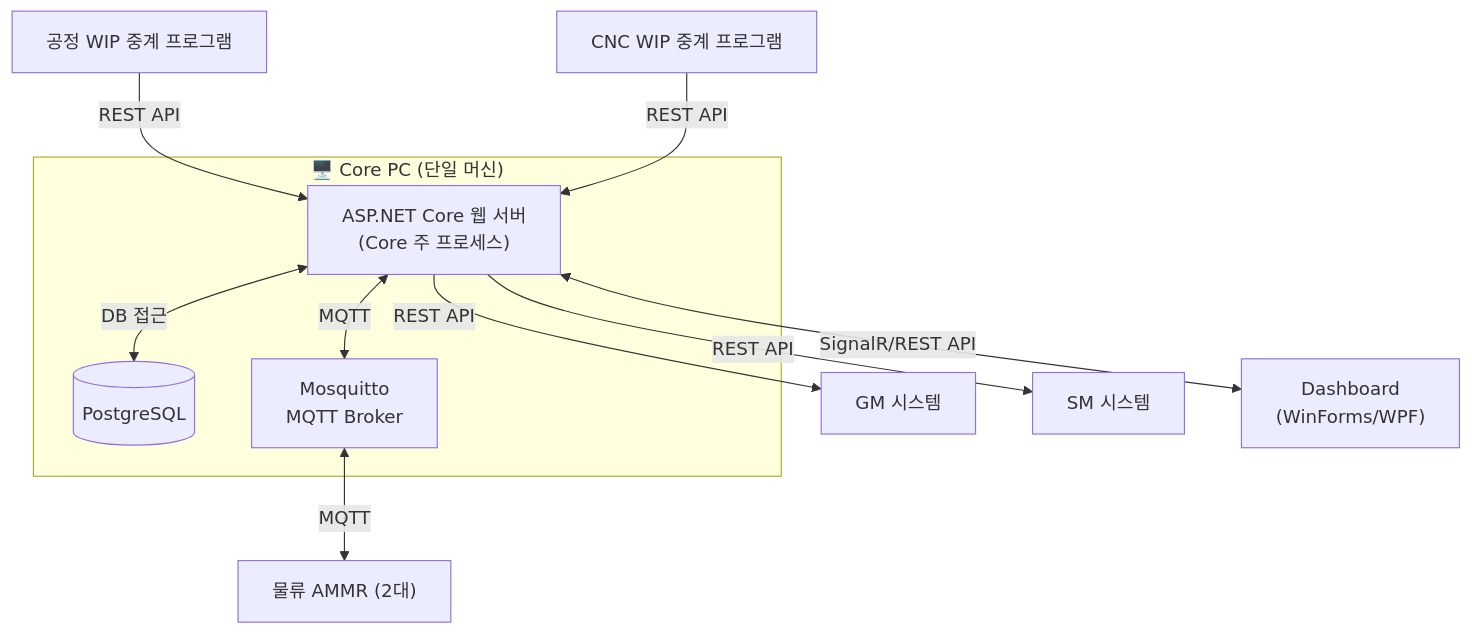
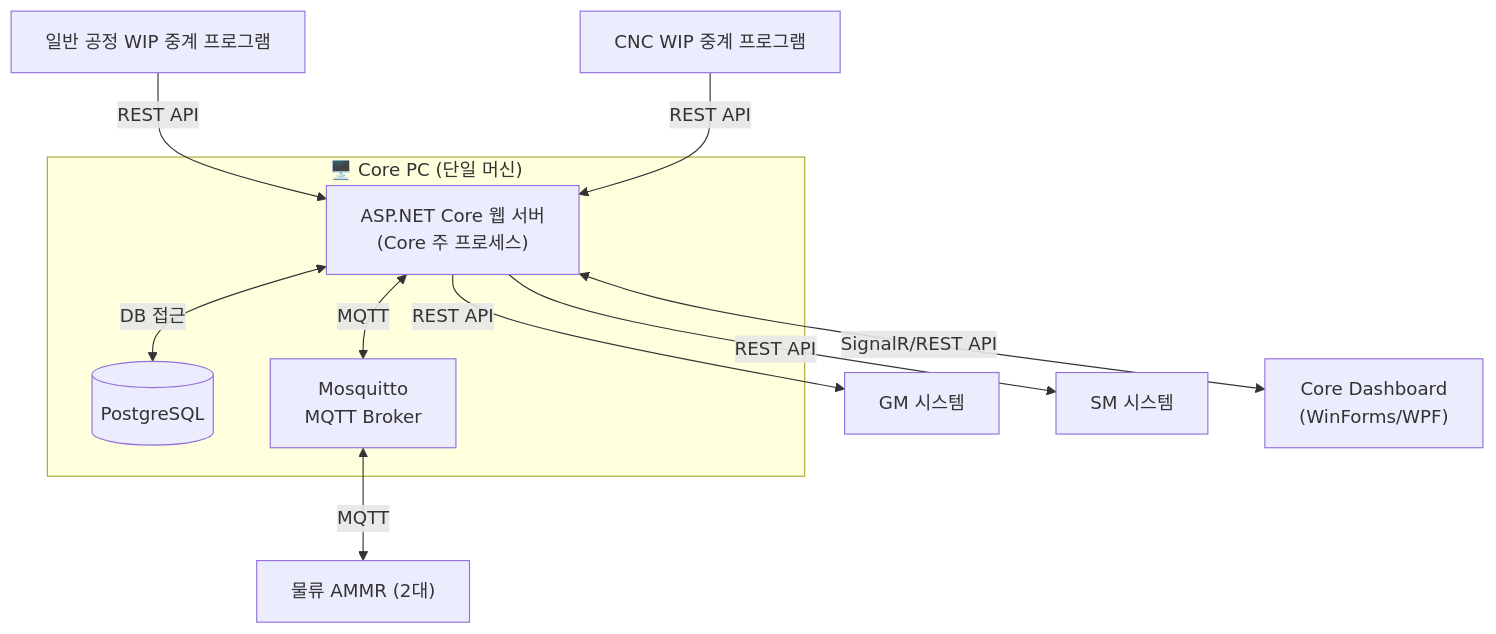
Before and after one commit to kimminsu0315/Core-Docs: the second of 3 diagrams in docs/Core_SAD.md, drawn with Mermaid. The commit also changed other lines of this file and 17 other files, not shown here.

````diff
--- a/docs/Core_SAD.md
+++ b/docs/Core_SAD.md
@@ -232,25 +225,25 @@
 ```mermaid
 flowchart TB
     subgraph CorePC["🖥️ Core PC (단일 머신)"]
         ASPNET["ASP.NET Core 웹 서버<br/>(Core 주 프로세스)"]
         PG[("PostgreSQL")]
         Mosquitto["Mosquitto<br/>MQTT Broker"]
     end
 
     GM["GM 시스템"]
     SM["SM 시스템"]
-    WIPGen["공정 WIP 중계 프로그램"]
+    WIPGen["일반 공정 WIP 중계 프로그램"]
     WIPRestack["CNC WIP 중계 프로그램"]
     AMMR["물류 AMMR (2대)"]
-    Dashboard["Dashboard<br/>(WinForms/WPF)"]
+    CoreDashboard["Core Dashboard<br/>(WinForms/WPF)"]
 
     ASPNET <-->|"DB 접근"| PG
     ASPNET <-->|"MQTT"| Mosquitto
     Mosquitto <-->|"MQTT"| AMMR
 
     ASPNET -->|"REST API"| GM
     ASPNET -->|"REST API"| SM
     WIPGen -->|"REST API"| ASPNET
     WIPRestack -->|"REST API"| ASPNET
-    ASPNET <-->|"SignalR/REST API"| Dashboard
+    ASPNET <-->|"SignalR/REST API"| CoreDashboard
 ```
````
